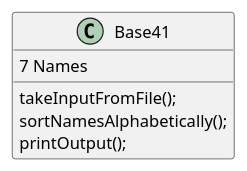
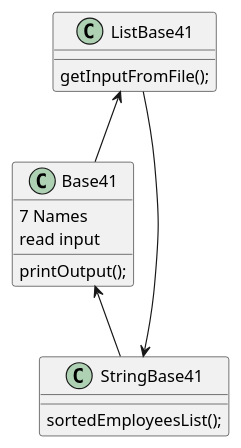
One commit to joshfeds/Federman-cop3330-assignment3 changed the diagram in src/main/java/ex41/base/EX41.puml. Above: the diagram before and after it, drawn with PlantUML. The commit also changed 41 other files, not shown here.

```diff
--- a/src/main/java/ex41/base/EX41.puml
+++ b/src/main/java/ex41/base/EX41.puml
@@ -1,11 +1,17 @@
 @startuml
 'https://plantuml.com/class-diagram
-
+ListBase41 <-- Base41
+StringBase41 <-- ListBase41
+Base41 <-- StringBase41
 class Base41 {
     7 Names
-
-    takeInputFromFile();
-    sortNamesAlphabetically();
+    read input
     printOutput();
 }
+class ListBase41{
+    getInputFromFile();
+}
+class StringBase41{
+    sortedEmployeesList();
+}
 @enduml
```
